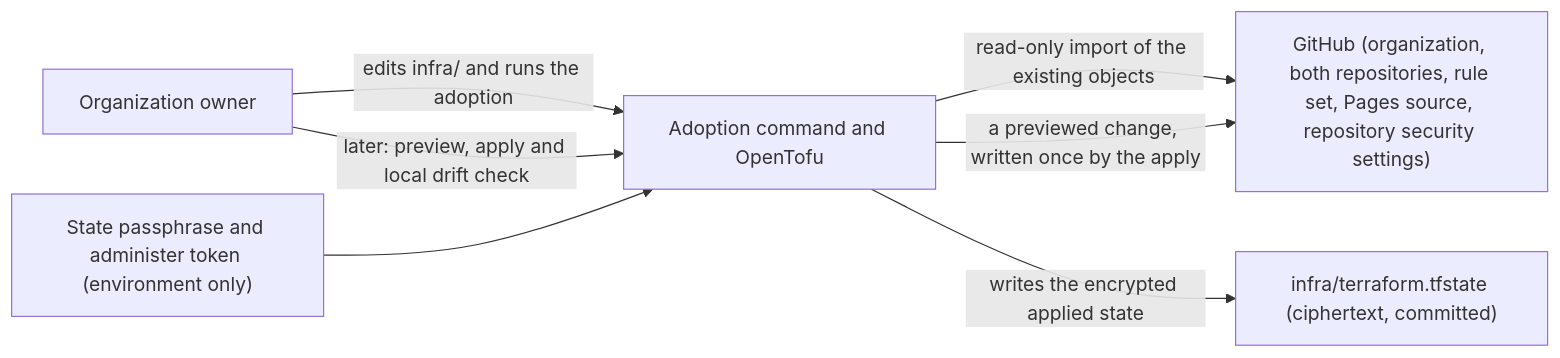
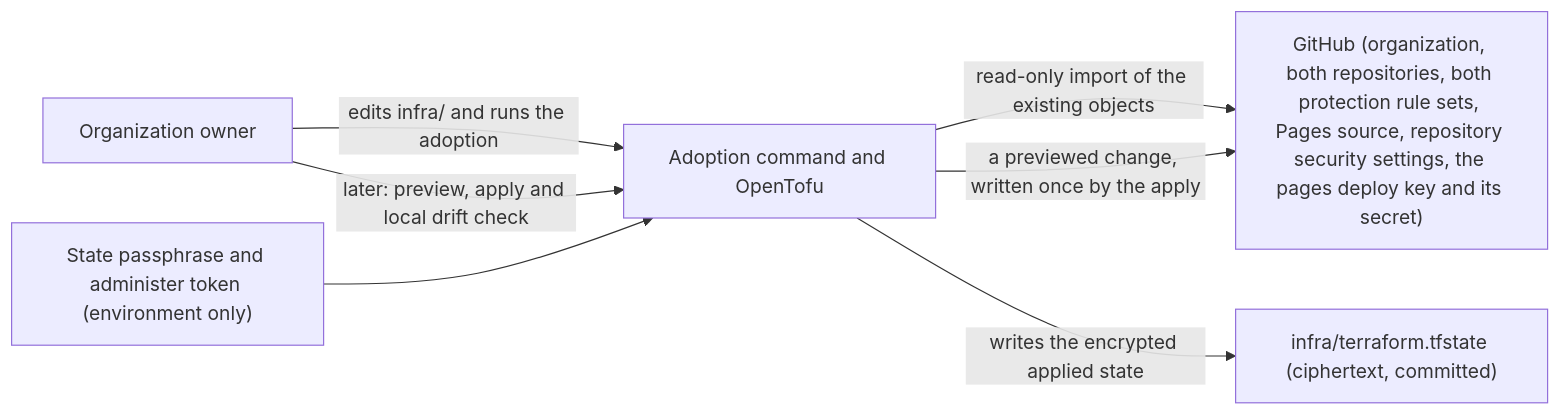
The fourth of 5 diagrams in docs/arc42/03-context-and-scope.md (duty2cal/duty2cal), drawn with Mermaid before and after one commit. The commit also changed other lines of this file and 44 other files, not shown here.

````diff
--- a/docs/arc42/03-context-and-scope.md
+++ b/docs/arc42/03-context-and-scope.md
@@ -64,9 +64,9 @@
 ```mermaid
 flowchart LR
   owner["Organization owner"] -->|"edits infra/ and runs the adoption"| adm["Adoption command and OpenTofu"]
-  adm -->|"read-only import of the existing objects"| gh["GitHub (organization, both repositories, rule set, Pages source, repository security settings)"]
+  adm -->|"read-only import of the existing objects"| gh["GitHub (organization, both repositories, both protection rule sets, Pages source, repository security settings, the pages deploy key and its secret)"]
   adm -->|"writes the encrypted applied state"| state["infra/terraform.tfstate (ciphertext, committed)"]
   owner -->|"later: preview, apply and local drift check"| adm
   adm -->|"a previewed change, written once by the apply"| gh
   secrets["State passphrase and administer token (environment only)"] --> adm
 ```
````
